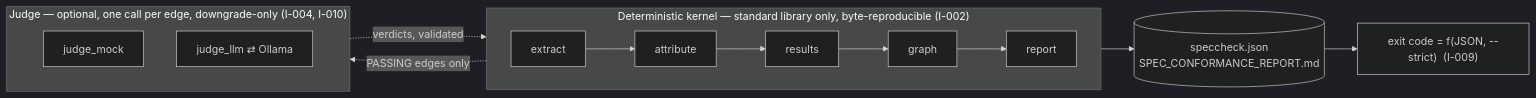
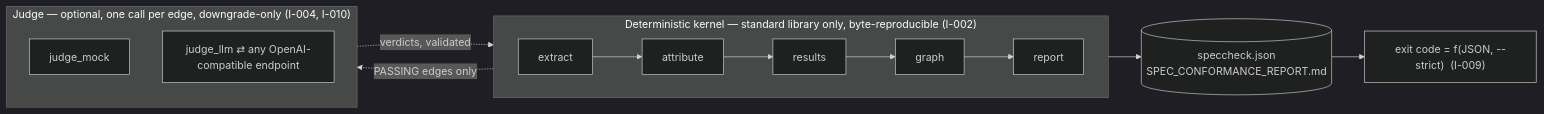
The first of 11 diagrams in ARCHITECTURE.md (rioffe/speccheck), drawn with Mermaid (dark theme) before and after one commit. The commit also changed other lines of this file and 1 other file, not shown here.

First line of the commit message:
docs(architecture): reflect speccheck 1.4.0 — progress indicator, --progress, E-41 interrupts, hosted judge endpoints, 73 tests / 170 IDs, D-16

````diff
--- a/ARCHITECTURE.md
+++ b/ARCHITECTURE.md
@@ -20,15 +22,15 @@
 ```mermaid
 flowchart LR
     subgraph K["Deterministic kernel — standard library only, byte-reproducible (I-002)"]
         direction LR
         E[extract] --> A[attribute] --> R[results] --> G[graph] --> P[report]
     end
     subgraph J["Judge — optional, one call per edge, downgrade-only (I-004, I-010)"]
         M[judge_mock]
-        L[judge_llm ⇄ Ollama]
+        L["judge_llm ⇄ any OpenAI-compatible endpoint"]
     end
     G -. "PASSING edges only" .-> J
     J -. "verdicts, validated" .-> G
     P --> OUT[("speccheck.json\nSPEC_CONFORMANCE_REPORT.md")]
     OUT --> X["exit code = f(JSON, --strict)  (I-009)"]
 ```
````
